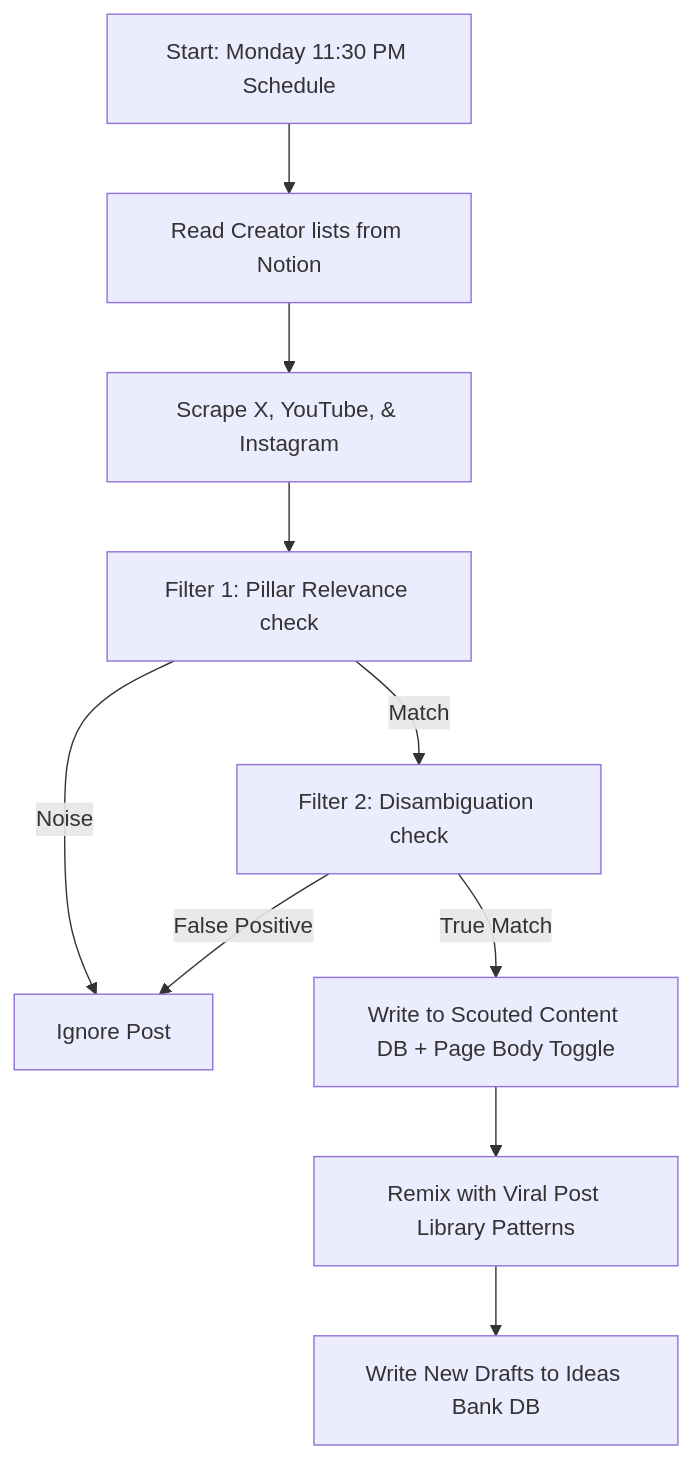
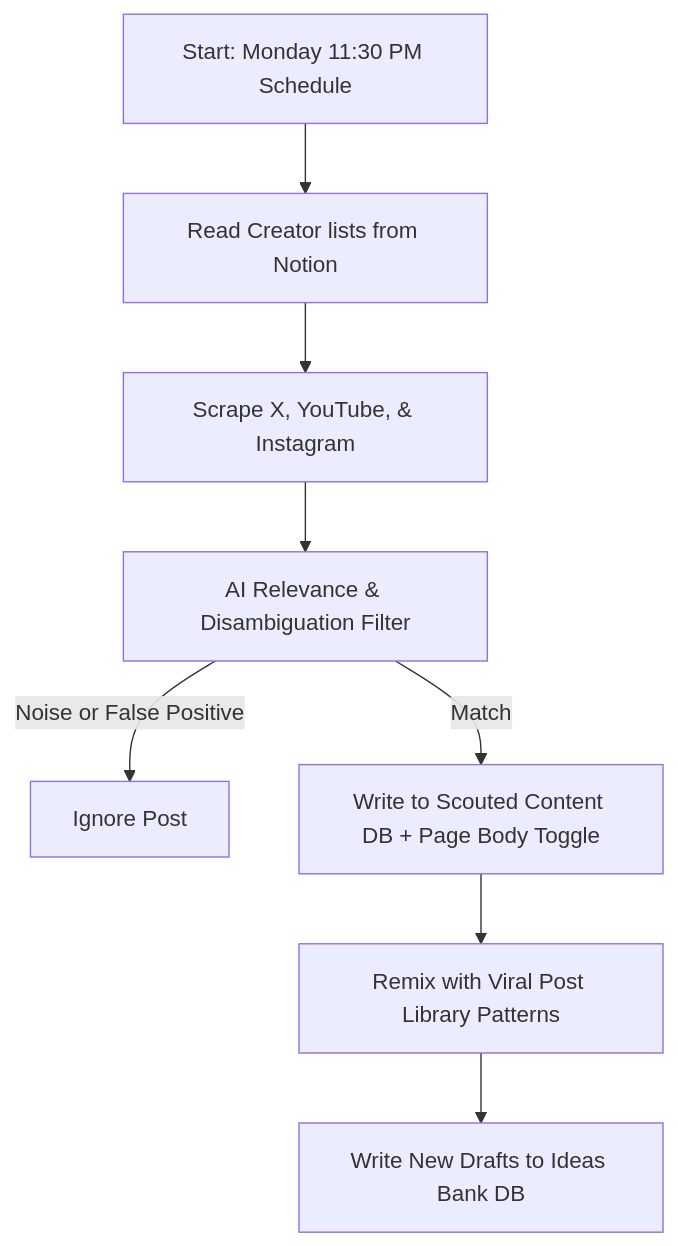
One commit to icaruschan/Idea-Scout changed the diagram in README.md. Above: the diagram before and after it, drawn with Mermaid. The commit also changed other lines of this file and 11 other files, not shown here.

Commit message:
fix(idea-scout): resolve database schema discrepancies, fix transcript truncation, correct rating filters, and clean whitespaces

````diff
--- a/README.md
+++ b/README.md
@@ -21,12 +21,10 @@
 ```mermaid
 graph TD
     A[Start: Monday 11:30 PM Schedule] --> B[Read Creator lists from Notion]
     B --> C[Scrape X, YouTube, & Instagram]
-    C --> D[Filter 1: Pillar Relevance check]
-    D -->|Noise| E[Ignore Post]
-    D -->|Match| F[Filter 2: Disambiguation check]
-    F -->|False Positive| E
-    F -->|True Match| G[Write to Scouted Content DB + Page Body Toggle]
+    C --> D[AI Relevance & Disambiguation Filter]
+    D -->|Noise or False Positive| E[Ignore Post]
+    D -->|Match| G[Write to Scouted Content DB + Page Body Toggle]
     G --> H[Remix with Viral Post Library Patterns]
     H --> I[Write New Drafts to Ideas Bank DB]
 ```
````
